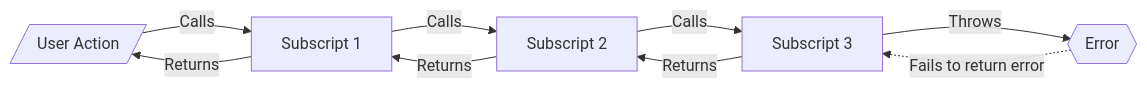
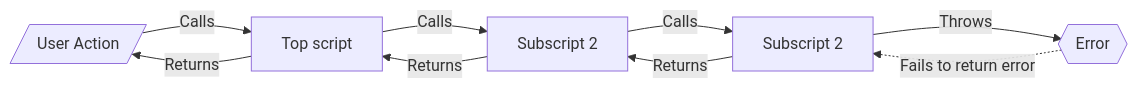
One commit to CloudChi/FX-Framework changed the first of 2 diagrams in Error_Trapping_Returning.md. Above: the diagram before and after it, drawn with Mermaid. The commit also changed other lines of this file and 3 other files, not shown here.

````diff
--- a/Error_Trapping_Returning.md
+++ b/Error_Trapping_Returning.md
@@ -10,11 +11,11 @@
 ```mermaid
 graph LR
-    A[/User Action/] -- Calls --> B[Subscript 1] 
+    A[/User Action/] -- Calls --> B[Top script] 
     B -- Calls --> C[Subscript 2] 
-    C -- Calls --> D[Subscript 3] 
+    C -- Calls --> D[Subscript 2] 
     D -- Throws --> E{{Error}}
     E -.Fails to return error.-> D
     D -- Returns --> C
     C -- Returns --> B
     B -- Returns --> A
 ```
````
